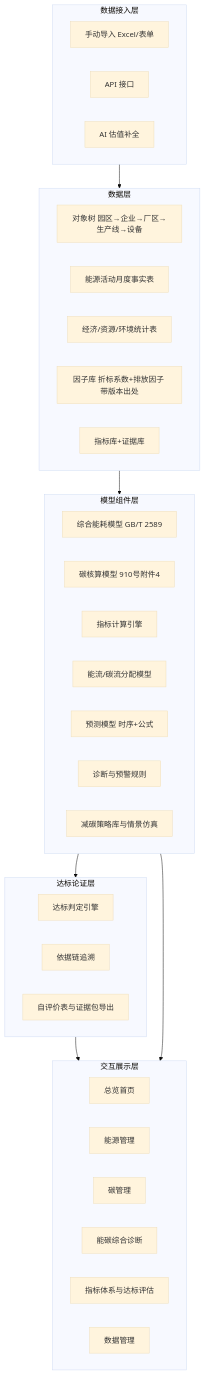
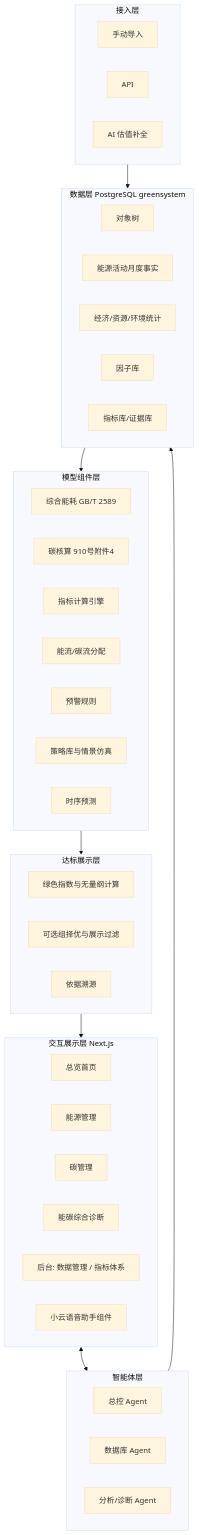
Before and after one commit to shellyzhou888-lgtm/xinyang-carbon-platform: the diagram in docs/平台功能架构与指标体系梳理.md, drawn with Mermaid (base theme). The commit also changed other lines of this file and 9 other files, not shown here.

````diff
--- a/docs/平台功能架构与指标体系梳理.md
+++ b/docs/平台功能架构与指标体系梳理.md
@@ -136,39 +175,45 @@
 ```mermaid
 flowchart TB
-    subgraph UI[交互展示层]
+    subgraph UI[交互展示层 Next.js]
         P1[总览首页]
         P2[能源管理]
         P3[碳管理]
         P4[能碳综合诊断]
-        P5[指标体系与达标评估]
-        P6[数据管理]
+        P5[后台: 数据管理 / 指标体系]
+        P6[小云语音助手组件]
     end
-    subgraph COMP[达标论证层]
-        Q1[达标判定引擎]
-        Q2[依据链追溯]
-        Q3[自评价表与证据包导出]
+    subgraph AG[智能体层]
+        A0[总控 Agent]
+        A1[数据库 Agent]
+        A2[分析/诊断 Agent]
+    end
+    subgraph SHOW[达标展示层]
+        S1[绿色指数与无量纲计算]
+        S2[可选组择优与展示过滤]
+        S3[依据溯源]
     end
     subgraph MODEL[模型组件层]
-        M1[综合能耗模型 GB/T 2589]
-        M2[碳核算模型 910号附件4]
+        M1[综合能耗 GB/T 2589]
+        M2[碳核算 910号附件4]
         M3[指标计算引擎]
-        M4[能流/碳流分配模型]
-        M5[预测模型 时序+公式]
-        M6[诊断与预警规则]
-        M7[减碳策略库与情景仿真]
+        M4[能流/碳流分配]
+        M5[预警规则]
+        M6[策略库与情景仿真]
+        M7[时序预测]
     end
-    subgraph DATA[数据层]
-        D1[对象树 园区→企业→厂区→生产线→设备]
-        D2[能源活动月度事实表]
-        D3[经济/资源/环境统计表]
-        D4[因子库 折标系数+排放因子 带版本出处]
-        D5[指标库+证据库]
+    subgraph DATA[数据层 PostgreSQL greensystem]
+        D1[对象树]
+        D2[能源活动月度事实]
+        D3[经济/资源/环境统计]
+        D4[因子库]
+        D5[指标库/证据库]
     end
-    subgraph IN[数据接入层]
-        I1[手动导入 Excel/表单]
-        I2[API 接口]
+    subgraph IN[接入层]
+        I1[手动导入]
+        I2[API]
         I3[AI 估值补全]
     end
-    IN --> DATA --> MODEL --> COMP --> UI
-    MODEL --> UI
+    IN --> DATA --> MODEL --> SHOW --> UI
+    UI <--> AG
+    AG --> DATA
 ```
````
